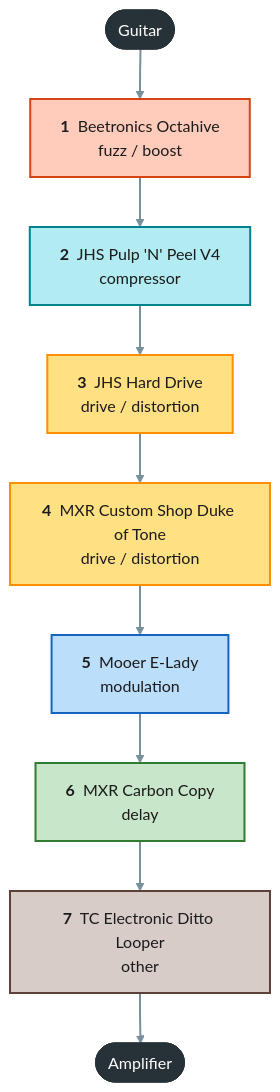
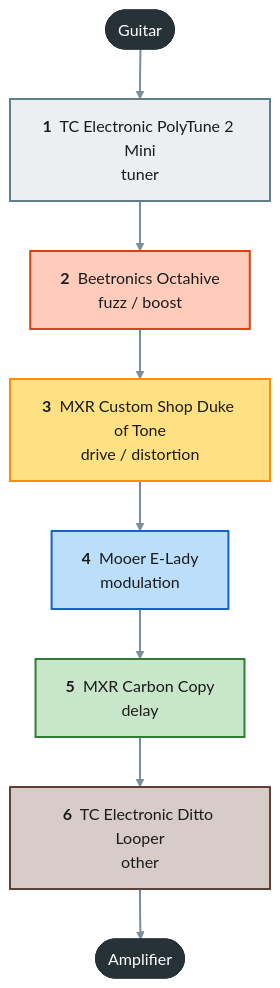
One commit to pedroacvieira/pedalboard changed the diagram in projects/guitar-practice/signal-chain.mmd. Above: the diagram before and after it, drawn with Mermaid. The commit also changed 12 other files, not shown here.

```diff
--- a/projects/guitar-practice/signal-chain.mmd
+++ b/projects/guitar-practice/signal-chain.mmd
@@ -1,19 +1,18 @@
 flowchart TB
     guitar(["Guitar"]):::endpoint
-    octahive["<b>1</b> &nbsp;Beetronics Octahive<br/>fuzz / boost"]:::c_fuzz___boost
-    jhs_pulp_n_peel_v4["<b>2</b> &nbsp;JHS Pulp 'N' Peel V4<br/>compressor"]:::c_compressor
-    jhs_hard_drive["<b>3</b> &nbsp;JHS Hard Drive<br/>drive / distortion"]:::c_drive___distortion
-    duke_of_tone["<b>4</b> &nbsp;MXR Custom Shop Duke of Tone<br/>drive / distortion"]:::c_drive___distortion
-    e_lady["<b>5</b> &nbsp;Mooer E-Lady<br/>modulation"]:::c_modulation
-    carbon_copy["<b>6</b> &nbsp;MXR Carbon Copy<br/>delay"]:::c_delay
-    ditto_looper["<b>7</b> &nbsp;TC Electronic Ditto Looper<br/>other"]:::c_other
+    polytune_2_mini["<b>1</b> &nbsp;TC Electronic PolyTune 2 Mini<br/>tuner"]:::c_tuner
+    octahive["<b>2</b> &nbsp;Beetronics Octahive<br/>fuzz / boost"]:::c_fuzz___boost
+    duke_of_tone["<b>3</b> &nbsp;MXR Custom Shop Duke of Tone<br/>drive / distortion"]:::c_drive___distortion
+    e_lady["<b>4</b> &nbsp;Mooer E-Lady<br/>modulation"]:::c_modulation
+    carbon_copy["<b>5</b> &nbsp;MXR Carbon Copy<br/>delay"]:::c_delay
+    ditto_looper["<b>6</b> &nbsp;TC Electronic Ditto Looper<br/>other"]:::c_other
     amp(["Amplifier"]):::endpoint
-    guitar --> octahive --> jhs_pulp_n_peel_v4 --> jhs_hard_drive --> duke_of_tone --> e_lady --> carbon_copy --> ditto_looper --> amp
+    guitar --> polytune_2_mini --> octahive --> duke_of_tone --> e_lady --> carbon_copy --> ditto_looper --> amp
     classDef endpoint fill:#263238,stroke:#263238,color:#ffffff
-    classDef c_compressor fill:#b2ebf2,stroke:#00838f,stroke-width:2px,color:#1b1b1b
+    classDef c_tuner fill:#eceff1,stroke:#607d8b,stroke-width:2px,color:#1b1b1b
     classDef c_fuzz___boost fill:#ffccbc,stroke:#d84315,stroke-width:2px,color:#1b1b1b
     classDef c_drive___distortion fill:#ffe082,stroke:#ff8f00,stroke-width:2px,color:#1b1b1b
     classDef c_modulation fill:#bbdefb,stroke:#1565c0,stroke-width:2px,color:#1b1b1b
     classDef c_delay fill:#c8e6c9,stroke:#2e7d32,stroke-width:2px,color:#1b1b1b
     classDef c_other fill:#d7ccc8,stroke:#5d4037,stroke-width:2px,color:#1b1b1b
     linkStyle default stroke:#78909c,stroke-width:2px
```
